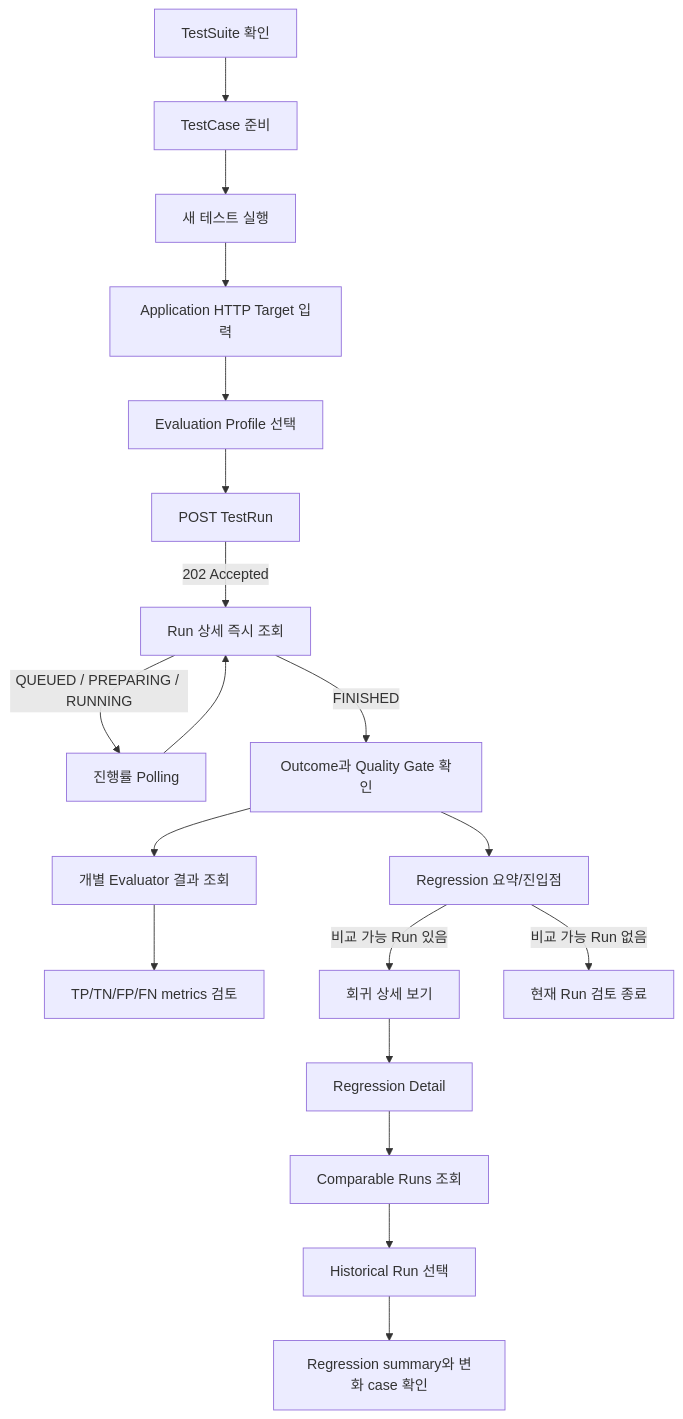
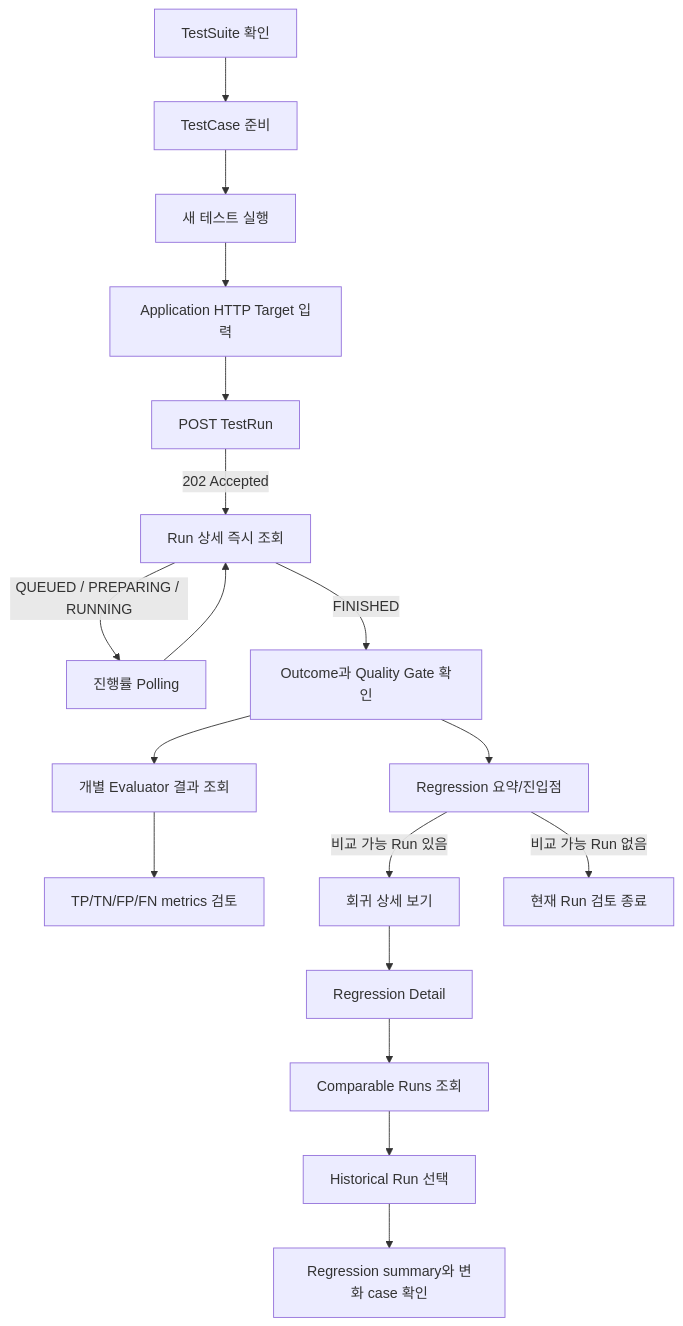
Before and after one commit to GuardBench/guardbench-frontend: the first of 6 diagrams in docs/product/user-flows.md, drawn with Mermaid. The commit also changed other lines of this file and 7 other files, not shown here.

````diff
--- a/docs/product/user-flows.md
+++ b/docs/product/user-flows.md
@@ -26,21 +27,20 @@
 ```mermaid
 flowchart TD
     A[TestSuite 확인] --> B[TestCase 준비]
     B --> C[새 테스트 실행]
     C --> D[Application HTTP Target 입력]
-    D --> E[Evaluation Profile 선택]
-    E --> F[POST TestRun]
+    D --> F[POST TestRun]
     F -->|202 Accepted| G[Run 상세 즉시 조회]
     G -->|QUEUED / PREPARING / RUNNING| H[진행률 Polling]
     H --> G
     G -->|FINISHED| I[Outcome과 Quality Gate 확인]
     I --> J[개별 Evaluator 결과 조회]
     J --> K[TP/TN/FP/FN metrics 검토]
     I --> L[Regression 요약/진입점]
     L -->|비교 가능 Run 있음| M[회귀 상세 보기]
     M --> N[Regression Detail]
     N --> O[Comparable Runs 조회]
     O --> P[Historical Run 선택]
     P --> Q[Regression summary와 변화 case 확인]
     L -->|비교 가능 Run 없음| R[현재 Run 검토 종료]
 ```
````
